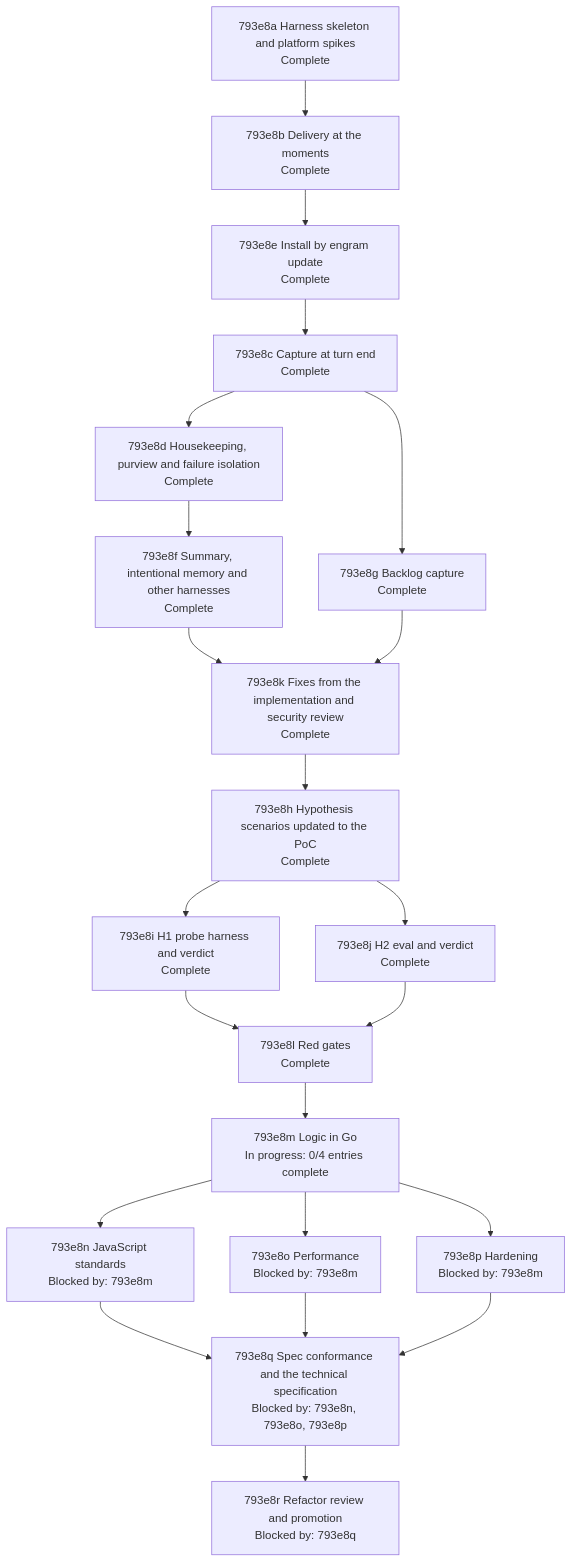
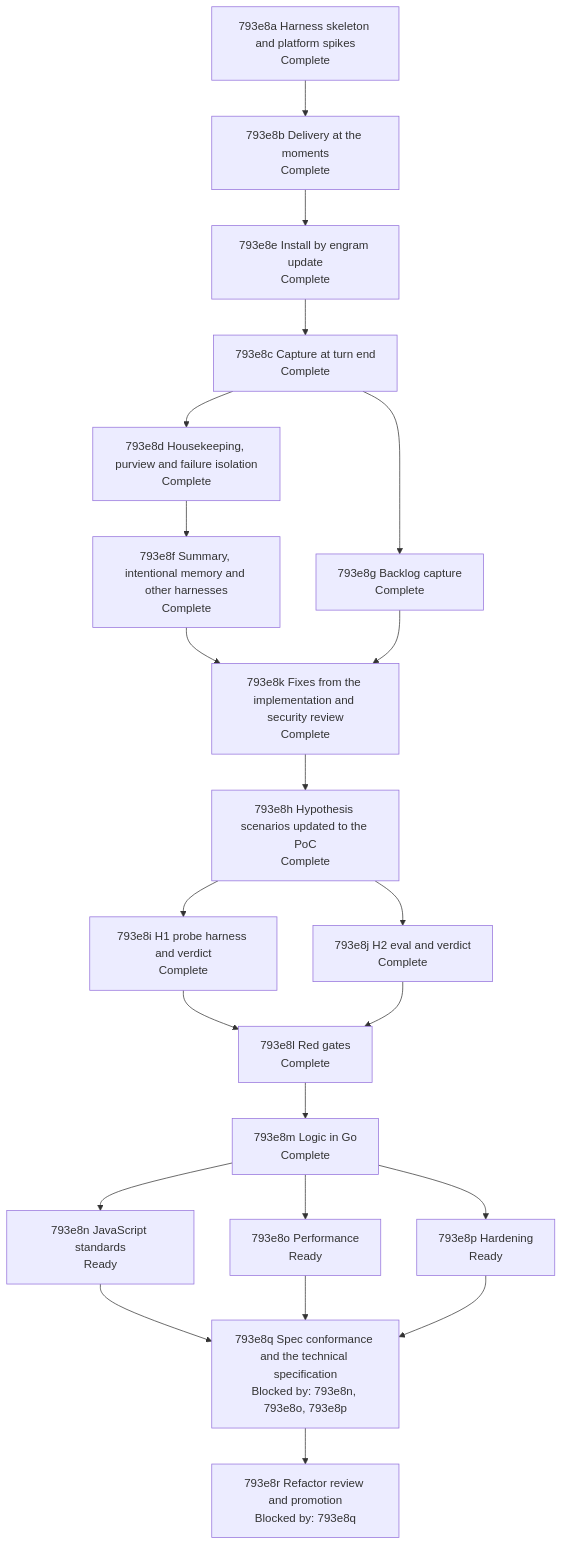
One commit to toejough/engram changed the diagram in docs/changes/793_parallel-memory-agent/793e_implementation-plan.md. Above: the diagram before and after it, drawn with Mermaid. The commit also changed other lines of this file and 3 other files, not shown here.

````diff
--- a/docs/changes/793_parallel-memory-agent/793e_implementation-plan.md
+++ b/docs/changes/793_parallel-memory-agent/793e_implementation-plan.md
@@ -219,40 +219,40 @@
 ```mermaid
 flowchart TD
   n793e8a["793e8a Harness skeleton and platform spikes<br/>Complete"]
   n793e8b["793e8b Delivery at the moments<br/>Complete"]
   n793e8e["793e8e Install by engram update<br/>Complete"]
   n793e8c["793e8c Capture at turn end<br/>Complete"]
   n793e8d["793e8d Housekeeping, purview and failure isolation<br/>Complete"]
   n793e8g["793e8g Backlog capture<br/>Complete"]
   n793e8f["793e8f Summary, intentional memory and other harnesses<br/>Complete"]
   n793e8k["793e8k Fixes from the implementation and security review<br/>Complete"]
   n793e8h["793e8h Hypothesis scenarios updated to the PoC<br/>Complete"]
   n793e8i["793e8i H1 probe harness and verdict<br/>Complete"]
   n793e8j["793e8j H2 eval and verdict<br/>Complete"]
   n793e8l["793e8l Red gates<br/>Complete"]
-  n793e8m["793e8m Logic in Go<br/>In progress: 0/4 entries complete"]
-  n793e8n["793e8n JavaScript standards<br/>Blocked by: 793e8m"]
-  n793e8o["793e8o Performance<br/>Blocked by: 793e8m"]
-  n793e8p["793e8p Hardening<br/>Blocked by: 793e8m"]
+  n793e8m["793e8m Logic in Go<br/>Complete"]
+  n793e8n["793e8n JavaScript standards<br/>Ready"]
+  n793e8o["793e8o Performance<br/>Ready"]
+  n793e8p["793e8p Hardening<br/>Ready"]
   n793e8q["793e8q Spec conformance and the technical specification<br/>Blocked by: 793e8n, 793e8o, 793e8p"]
   n793e8r["793e8r Refactor review and promotion<br/>Blocked by: 793e8q"]
   n793e8a --> n793e8b --> n793e8e --> n793e8c
   n793e8c --> n793e8d
   n793e8c --> n793e8g
   n793e8d --> n793e8f
   n793e8f --> n793e8k
   n793e8g --> n793e8k
   n793e8k --> n793e8h
   n793e8h --> n793e8i
   n793e8h --> n793e8j
   n793e8i --> n793e8l
   n793e8j --> n793e8l
   n793e8l --> n793e8m
   n793e8m --> n793e8n
   n793e8m --> n793e8o
   n793e8m --> n793e8p
   n793e8n --> n793e8q
   n793e8o --> n793e8q
   n793e8p --> n793e8q
   n793e8q --> n793e8r
 ```
````
